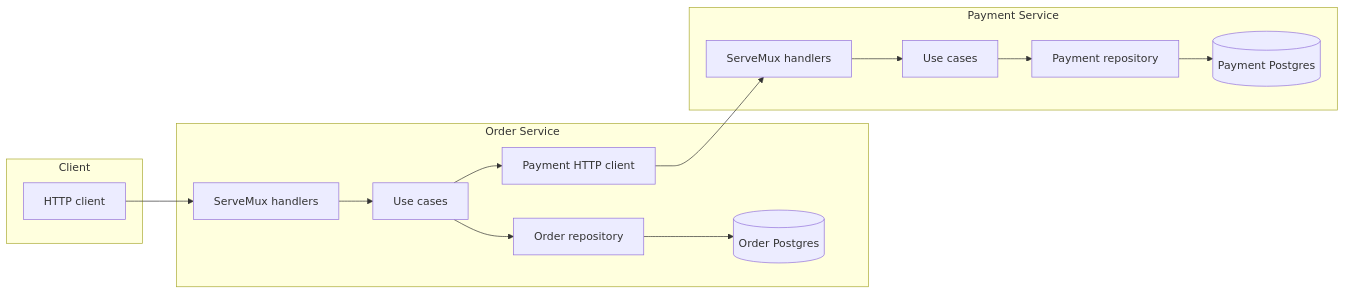
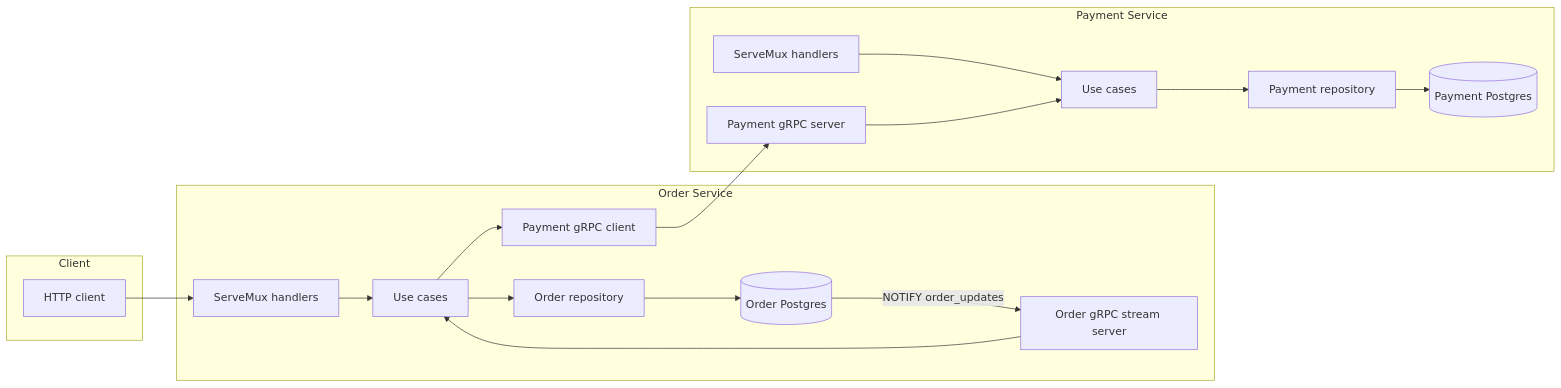
One commit to jokeoa/simple-order-microservices changed the diagram in README.md. Above: the diagram before and after it, drawn with Mermaid. The commit also changed other lines of this file and 3 other files, not shown here.

````diff
--- a/README.md
+++ b/README.md
@@ -12,22 +14,25 @@
 ```mermaid
 flowchart LR
     subgraph Client
         C["HTTP client"]
     end
 
     subgraph OrderService["Order Service"]
         OH["ServeMux handlers"] --> OU["Use cases"]
         OU --> OR["Order repository"]
-        OU --> PGW["Payment HTTP client"]
+        OU --> PGC["Payment gRPC client"]
+        OGS["Order gRPC stream server"] --> OU
         OR --> ODB[("Order Postgres")]
     end
 
     subgraph PaymentService["Payment Service"]
         PH["ServeMux handlers"] --> PU["Use cases"]
+        PGS["Payment gRPC server"] --> PU
         PU --> PR["Payment repository"]
         PR --> PDB[("Payment Postgres")]
     end
 
     C --> OH
-    PGW --> PH
+    PGC --> PGS
+    ODB -->|"NOTIFY order_updates"| OGS
 ```
````
